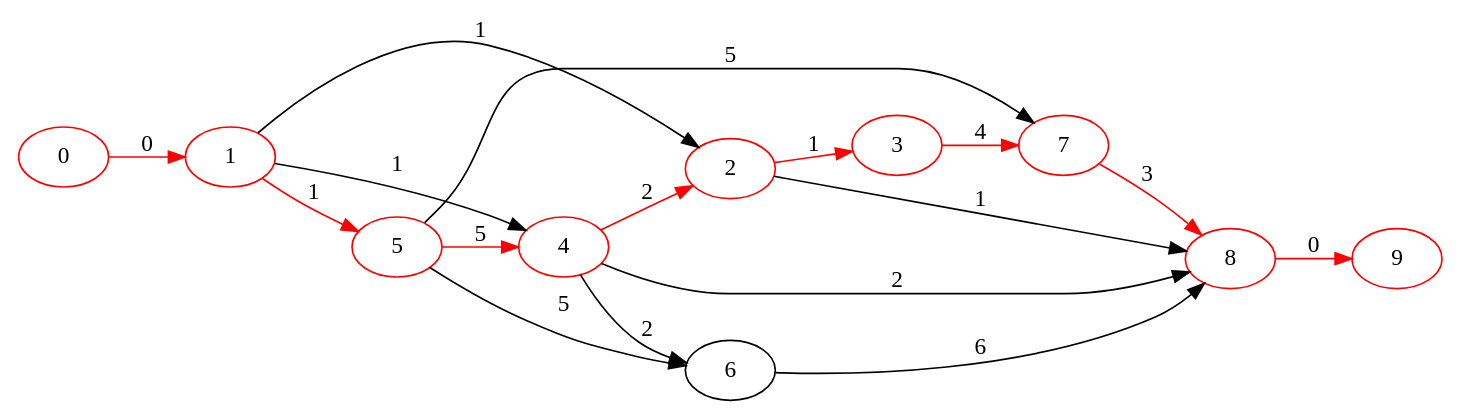
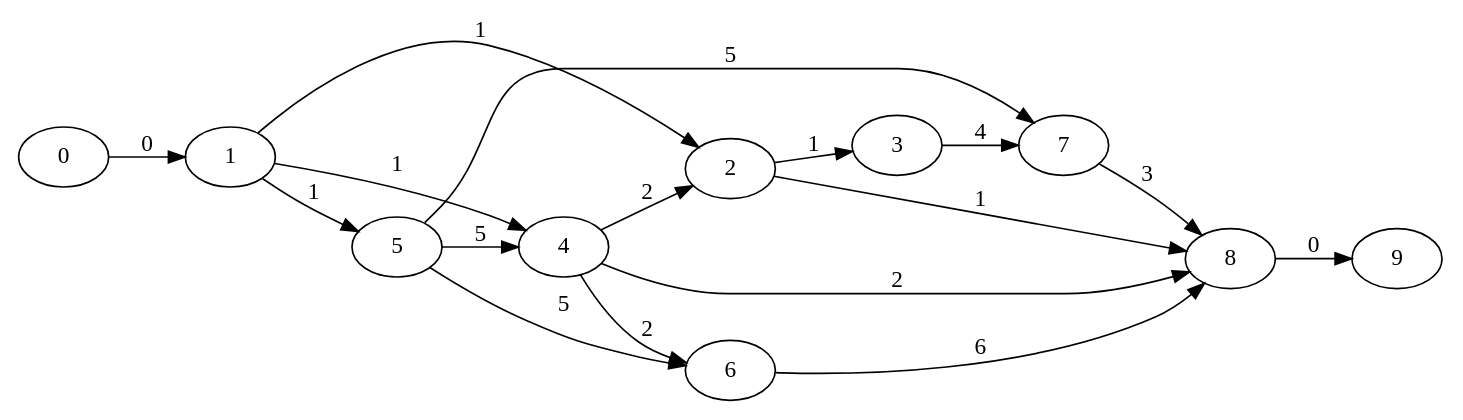
One commit to avivi55/graphs changed the diagram in out/11.gv. Above: the diagram before and after it, drawn with Graphviz. The commit also changed 59 other files, not shown here.

```diff
--- a/out/11.gv
+++ b/out/11.gv
@@ -1,27 +1,18 @@
 digraph { rankdir=LR
-    "1" [color="red" label="1"]
-    "2" [color="red" label="2"]
-    "3" [color="red" label="3"]
-    "4" [color="red" label="4"]
-    "5" [color="red" label="5"]
-    "7" [color="red" label="7"]
-    "8" [color="red" label="8"]
-    "0" [color="red" label="0"]
-    "9" [color="red" label="9"]
     "1" -> "2" [label="1" ]
     "1" -> "4" [label="1" ]
-    "1" -> "5" [label="1" color="red" ]
-    "2" -> "3" [label="1" color="red" ]
+    "1" -> "5" [label="1" ]
+    "2" -> "3" [label="1" ]
     "2" -> "8" [label="1" ]
-    "3" -> "7" [label="4" color="red" ]
-    "4" -> "2" [label="2" color="red" ]
+    "3" -> "7" [label="4" ]
+    "4" -> "2" [label="2" ]
     "4" -> "6" [label="2" ]
     "4" -> "8" [label="2" ]
-    "5" -> "4" [label="5" color="red" ]
+    "5" -> "4" [label="5" ]
     "5" -> "6" [label="5" ]
     "5" -> "7" [label="5" ]
     "6" -> "8" [label="6" ]
-    "7" -> "8" [label="3" color="red" ]
-    "8" -> "9" [label="0" color="red" ]
-    "0" -> "1" [label="0" color="red" color="red" ]
+    "7" -> "8" [label="3" ]
+    "8" -> "9" [label="0" ]
+    "0" -> "1" [label="0" ]
 }
```
